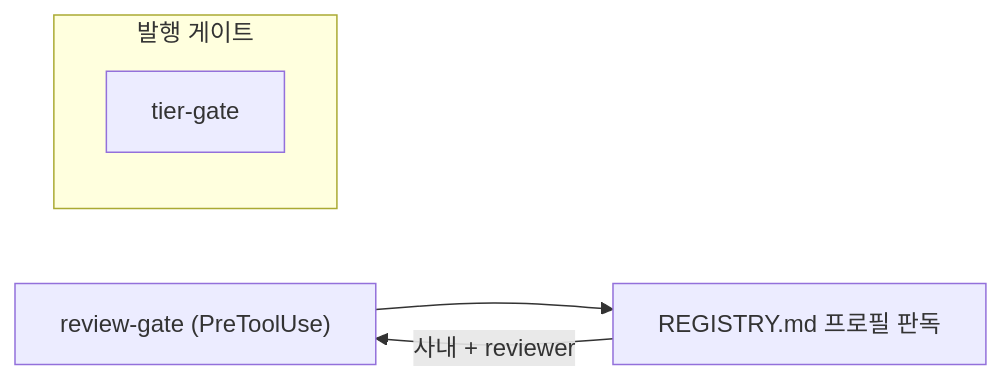
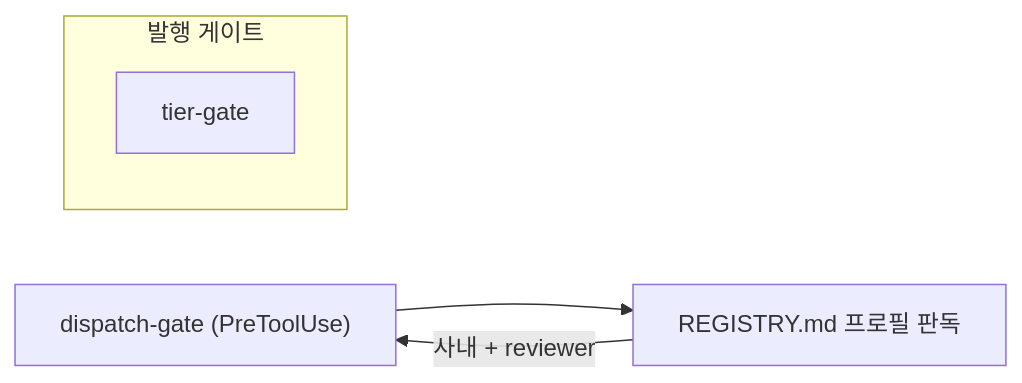
One commit to nohdol97/nohdol-harness changed the diagram in .agents/skills/diagram/SKILL.md. Above: the diagram before and after it, drawn with Mermaid. The commit also changed 32 other files, not shown here.

````diff
--- a/.agents/skills/diagram/SKILL.md
+++ b/.agents/skills/diagram/SKILL.md
@@ -57,8 +57,8 @@
 ```mermaid
 flowchart LR
-  GATE["review-gate (PreToolUse)"] --> READ["REGISTRY.md 프로필 판독"]
+  GATE["dispatch-gate (PreToolUse)"] --> READ["REGISTRY.md 프로필 판독"]
   subgraph HOOKS["발행 게이트"]
     TIER["tier-gate"]
   end
   READ -->|"사내 + reviewer"| GATE
 ```
````
